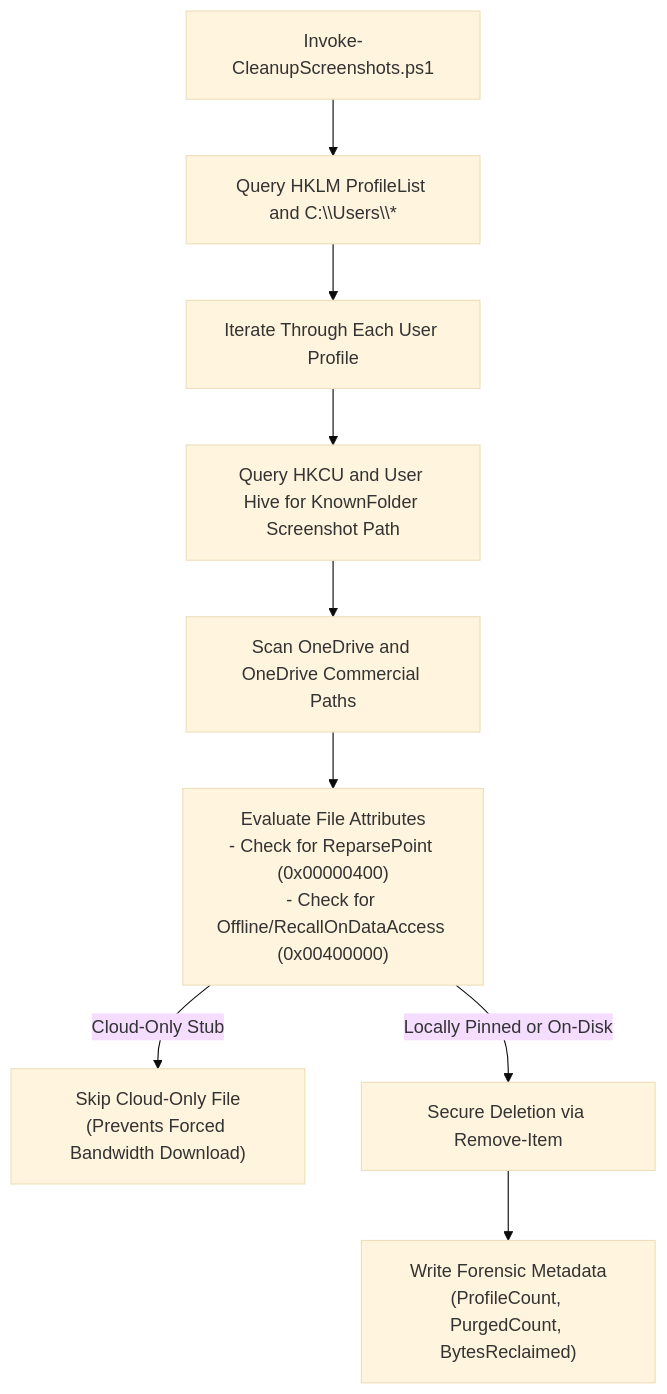
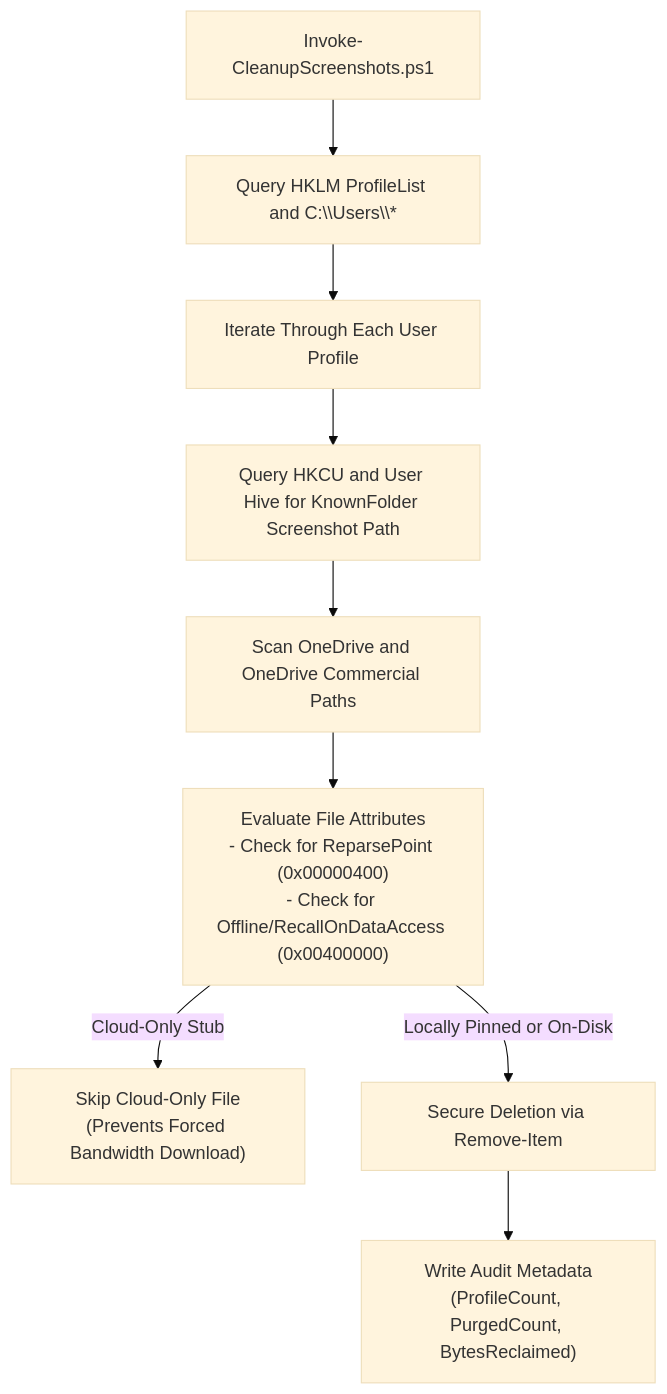
One commit to isora-cloud-group/Isora-Sentinel changed the fourth of 5 diagrams in docs/ARCHITECTURE.md. Above: the diagram before and after it, drawn with Mermaid (base theme). The commit also changed other lines of this file and 41 other files, not shown here.

````diff
--- a/docs/ARCHITECTURE.md
+++ b/docs/ARCHITECTURE.md
@@ -148,11 +149,11 @@
 ```mermaid
 flowchart TD
     Start["Invoke-CleanupScreenshots.ps1"] --> Discover["Query HKLM ProfileList and C:\\Users\\*"]
     Discover --> LoopProfiles["Iterate Through Each User Profile"]
     LoopProfiles --> CheckRegistry["Query HKCU and User Hive for KnownFolder Screenshot Path"]
     CheckRegistry --> CheckOneDrive["Scan OneDrive and OneDrive Commercial Paths"]
     CheckOneDrive --> FilterReparse["Evaluate File Attributes\n- Check for ReparsePoint (0x00000400)\n- Check for Offline/RecallOnDataAccess (0x00400000)"]
     FilterReparse -->|Cloud-Only Stub| Skip["Skip Cloud-Only File\n(Prevents Forced Bandwidth Download)"]
     FilterReparse -->|Locally Pinned or On-Disk| Purge["Secure Deletion via Remove-Item"]
-    Purge --> LogEntry["Write Forensic Metadata\n(ProfileCount, PurgedCount, BytesReclaimed)"]
+    Purge --> LogEntry["Write Audit Metadata\n(ProfileCount, PurgedCount, BytesReclaimed)"]
 ```
````
